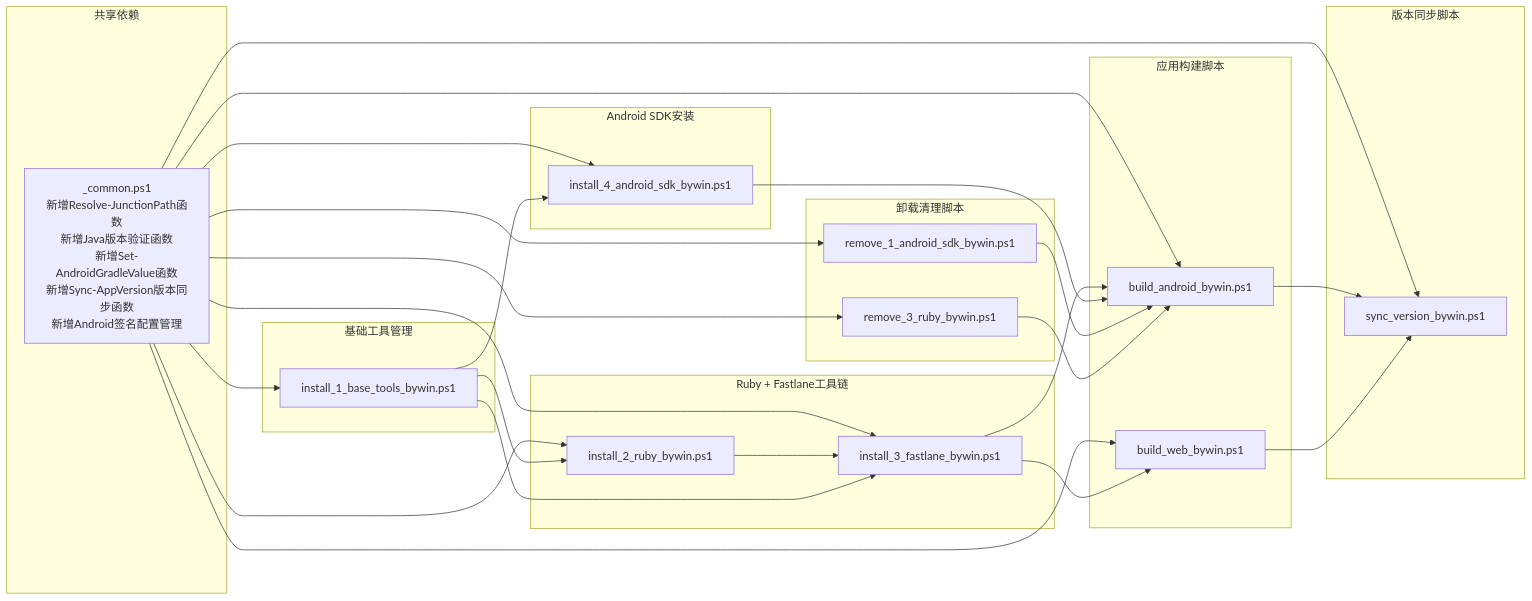
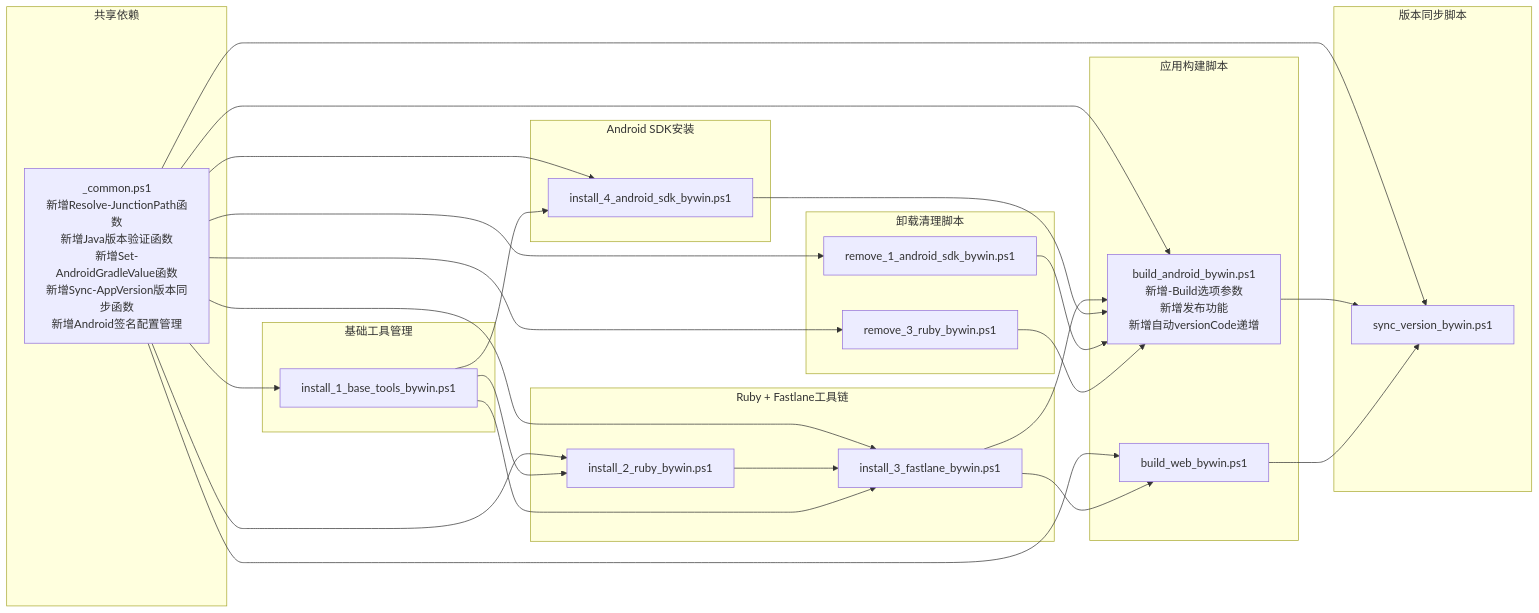
Before and after one commit to tea4go/Macro-Deck-Client-App: the tenth of 10 diagrams in .qoder/repowiki/zh/content/构建与部署/Windows PowerShell自动化.md, drawn with Mermaid. The commit also changed other lines of this file and 57 other files, not shown here.

````diff
--- a/.qoder/repowiki/zh/content/构建与部署/Windows PowerShell自动化.md
+++ b/.qoder/repowiki/zh/content/构建与部署/Windows PowerShell自动化.md
@@ -860,47 +903,47 @@
 ```mermaid
 graph LR
 subgraph "共享依赖"
 Common[_common.ps1<br/>新增Resolve-JunctionPath函数<br/>新增Java版本验证函数<br/>新增Set-AndroidGradleValue函数<br/>新增Sync-AppVersion版本同步函数<br/>新增Android签名配置管理]
 end
 subgraph "基础工具管理"
 BaseTools[install_1_base_tools_bywin.ps1]
 end
 subgraph "Ruby + Fastlane工具链"
 InstallRuby[install_2_ruby_bywin.ps1]
 InstallFastlane[install_3_fastlane_bywin.ps1]
 end
 subgraph "Android SDK安装"
 InstallSDK[install_4_android_sdk_bywin.ps1]
 end
 subgraph "应用构建脚本"
-BuildAndroid[build_android_bywin.ps1]
+BuildAndroid[build_android_bywin.ps1<br/>新增-Build选项参数<br/>新增发布功能<br/>新增自动versionCode递增]
 BuildWeb[build_web_bywin.ps1]
 end
 subgraph "版本同步脚本"
 SyncVersion[sync_version_bywin.ps1]
 end
 subgraph "卸载清理脚本"
 RemoveSDK[remove_1_android_sdk_bywin.ps1]
 RemoveRuby[remove_3_ruby_bywin.ps1]
 end
 Common --> BaseTools
 Common --> InstallRuby
 Common --> InstallFastlane
 Common --> InstallSDK
 Common --> BuildAndroid
 Common --> BuildWeb
 Common --> SyncVersion
 Common --> RemoveSDK
 Common --> RemoveRuby
 InstallRuby --> InstallFastlane
 InstallFastlane --> BuildAndroid
 InstallFastlane --> BuildWeb
 InstallSDK --> BuildAndroid
 BuildAndroid --> SyncVersion
 BuildWeb --> SyncVersion
 RemoveSDK --> BuildAndroid
 RemoveRuby --> BuildAndroid
 BaseTools --> InstallRuby
 BaseTools --> InstallFastlane
 BaseTools --> InstallSDK
 ```
````
